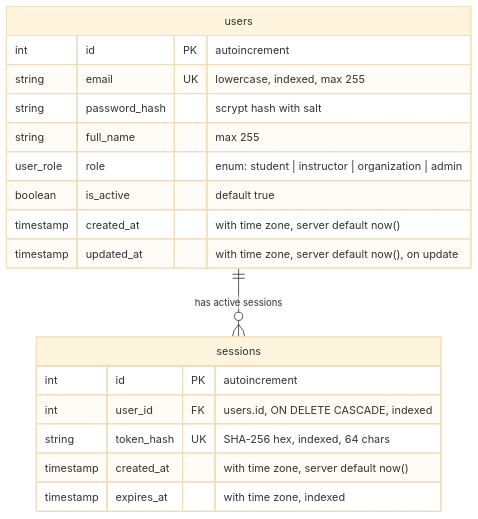
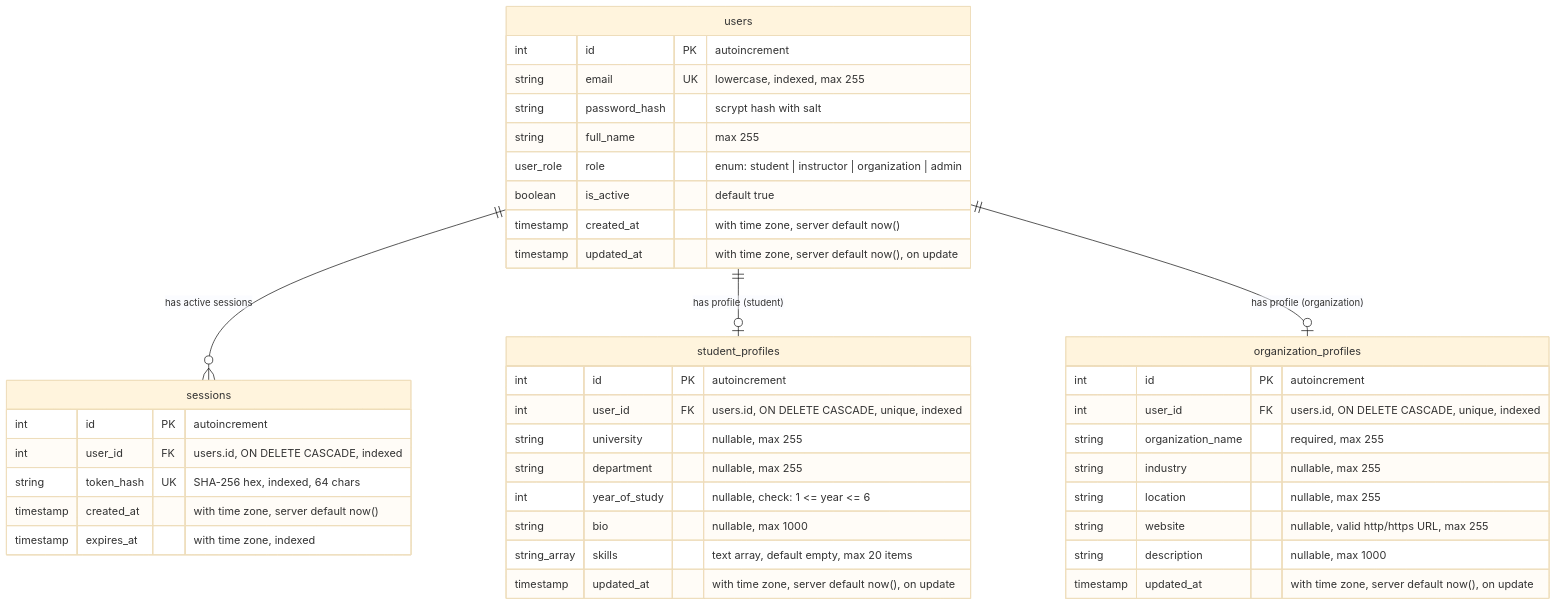
The diagram in docs/database.md (adexo-77/university-internship-platform), drawn with Mermaid (base theme) before and after one commit. The commit also changed other lines of this file and 2 other files, not shown here.

Commit message:
docs: update database, architecture, and readme documentation for phase 2

````diff
--- a/docs/database.md
+++ b/docs/database.md
@@ -9,23 +9,47 @@
 ```mermaid
 erDiagram
     users ||--o{ sessions : "has active sessions"
+    users ||--o| student_profiles : "has profile (student)"
+    users ||--o| organization_profiles : "has profile (organization)"
 
     users {
         int id PK "autoincrement"
         string email UK "lowercase, indexed, max 255"
         string password_hash "scrypt hash with salt"
         string full_name "max 255"
         user_role role "enum: student | instructor | organization | admin"
         boolean is_active "default true"
         timestamp created_at "with time zone, server default now()"
         timestamp updated_at "with time zone, server default now(), on update"
     }
 
     sessions {
         int id PK "autoincrement"
         int user_id FK "users.id, ON DELETE CASCADE, indexed"
         string token_hash UK "SHA-256 hex, indexed, 64 chars"
         timestamp created_at "with time zone, server default now()"
         timestamp expires_at "with time zone, indexed"
     }
+
+    student_profiles {
+        int id PK "autoincrement"
+        int user_id FK "users.id, ON DELETE CASCADE, unique, indexed"
+        string university "nullable, max 255"
+        string department "nullable, max 255"
+        int year_of_study "nullable, check: 1 <= year <= 6"
+        string bio "nullable, max 1000"
+        string_array skills "text array, default empty, max 20 items"
+        timestamp updated_at "with time zone, server default now(), on update"
+    }
+
+    organization_profiles {
+        int id PK "autoincrement"
+        int user_id FK "users.id, ON DELETE CASCADE, unique, indexed"
+        string organization_name "required, max 255"
+        string industry "nullable, max 255"
+        string location "nullable, max 255"
+        string website "nullable, valid http/https URL, max 255"
+        string description "nullable, max 1000"
+        timestamp updated_at "with time zone, server default now(), on update"
+    }
 ```
````
